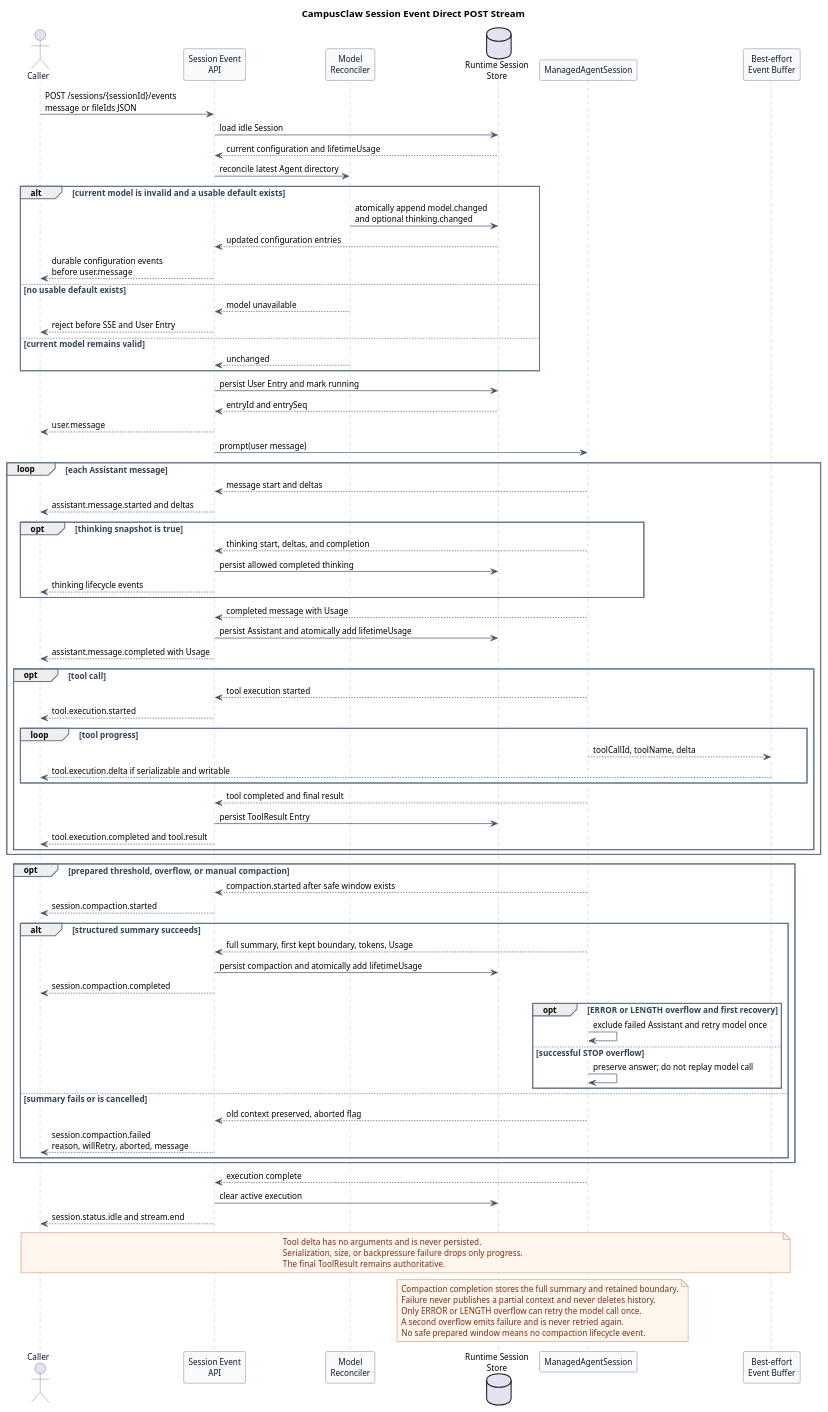
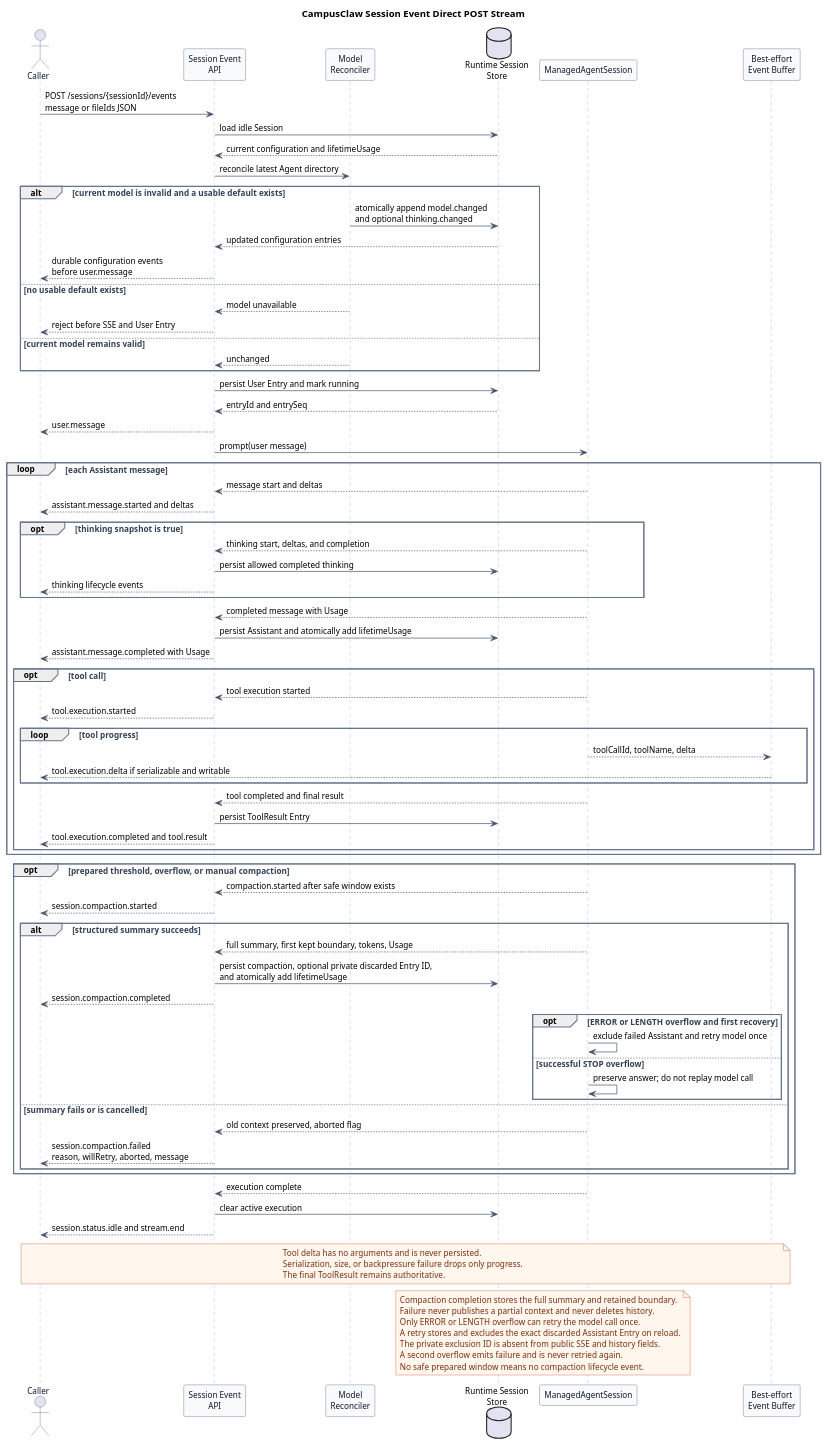
Before and after one commit to ssm0808/pi-mono-java-design: the first of 2 diagrams in pi-mono-java-manager-driven-multi-agent-runtime/diagrams/session-events/diagram.puml, drawn with PlantUML. The commit also changed other lines of this file and 13 other files, not shown here.

```diff
--- a/pi-mono-java-manager-driven-multi-agent-runtime/diagrams/session-events/diagram.puml
+++ b/pi-mono-java-manager-driven-multi-agent-runtime/diagrams/session-events/diagram.puml
@@ -1,133 +1,137 @@
 @startuml http_session_event_stream
 title CampusClaw Session Event Direct POST Stream
 
 ' Source evidence (pi-mono 5cd93f688aaab89dbb6dfa4aca535f21796ae185):
 ' packages/agent/src/types.ts, AgentEvent.
 ' packages/agent/src/agent-loop.ts, tool execution events and ToolResult messages.
 ' packages/coding-agent/src/core/agent-session.ts, _checkCompaction and _runAutoCompaction.
 ' packages/coding-agent/src/core/compaction/compaction.ts, estimateContextTokens,
 ' prepareCompaction, compact, and generateSummaryWithUsage.
 ' packages/ai/src/utils/overflow.ts, isContextOverflow and isRecoverableLength.
 ' Source evidence (pi-mono-java PR 167 f60cc3e78bb8b700527ac082c7c8e10524ede095):
 ' modules/coding-agent-cli/src/main/java/com/campusclaw/codingagent/runtimeapi/event/RuntimeEventService.java.
-' modules/coding-agent-cli/src/main/java/com/campusclaw/codingagent/runtimeapi/event/RuntimeEventProjector.java.
-' modules/coding-agent-cli/src/main/java/com/campusclaw/codingagent/session/ManagedAgentSession.java.
 ' Observed behavior: PR 167 has a request-scoped SSE execution and durable message entries,
 ' but it does not retain compaction or expose durable configuration-change events.
+' Implemented source baseline (pi-mono-java bd26e7f81bac8f68be0c3523efe23b51f96c52e4):
+' modules/coding-agent-cli/src/main/java/com/campusclaw/codingagent/runtimeapi/event/RuntimeEventProjector.java,
+' projectCompactionCompleted; RuntimeEntryCodec.java, effectiveContextEntries.
+' modules/agent-core/src/main/java/com/campusclaw/agent/Agent.java, buildStreamOptions.
 ' Architecture change: model reconciliation happens before accepting a User Entry.
 ' Architecture change: Assistant and compaction completions persist Usage and update lifetime Usage.
 ' Security hardening: tool delta omits arguments and is best-effort; dropping it never fails a tool.
 ' Design reason: keep transient progress separate from the durable history and recovery boundary.
-' Java divergence: Runtime database Entries replace pi JSONL compaction entries.
+' Java divergence: Runtime Entries replace pi JSONL and store a private discarded Entry identity.
 
 skinparam backgroundColor #FFFFFF
 skinparam shadowing false
 skinparam defaultFontName Arial
 skinparam defaultFontSize 12
 skinparam sequence {
   ArrowColor #475569
   ActorBorderColor #475569
   ActorFontColor #0F172A
   LifeLineBorderColor #94A3B8
   LifeLineBackgroundColor #F8FAFC
   ParticipantBorderColor #475569
   ParticipantBackgroundColor #F8FAFC
   ParticipantFontColor #0F172A
   GroupBorderColor #64748B
   GroupFontColor #334155
 }
 skinparam note {
   BackgroundColor #FFF7ED
   BorderColor #C2410C
   FontColor #7C2D12
 }
 
 actor Caller
 participant "Session Event\nAPI" as API
 participant "Model\nReconciler" as Reconciler
 database "Runtime Session\nStore" as Store
 participant "ManagedAgentSession" as Session
 participant "Best-effort\nEvent Buffer" as Buffer
 
 Caller -> API : POST /sessions/{sessionId}/events\nmessage or fileIds JSON
 API -> Store : load idle Session
 Store --> API : current configuration and lifetimeUsage
 API -> Reconciler : reconcile latest Agent directory
 
 alt current model is invalid and a usable default exists
   Reconciler -> Store : atomically append model.changed\nand optional thinking.changed
   Store --> API : updated configuration entries
   API --> Caller : durable configuration events\nbefore user.message
 else no usable default exists
   Reconciler --> API : model unavailable
   API --> Caller : reject before SSE and User Entry
 else current model remains valid
   Reconciler --> API : unchanged
 end
 
 API -> Store : persist User Entry and mark running
 Store --> API : entryId and entrySeq
 API --> Caller : user.message
 API -> Session : prompt(user message)
 
 loop each Assistant message
   Session --> API : message start and deltas
   API --> Caller : assistant.message.started and deltas
   opt thinking snapshot is true
     Session --> API : thinking start, deltas, and completion
     API -> Store : persist allowed completed thinking
     API --> Caller : thinking lifecycle events
   end
   Session --> API : completed message with Usage
   API -> Store : persist Assistant and atomically add lifetimeUsage
   API --> Caller : assistant.message.completed with Usage
 
   opt tool call
     Session --> API : tool execution started
     API --> Caller : tool.execution.started
     loop tool progress
       Session --> Buffer : toolCallId, toolName, delta
       Buffer --> Caller : tool.execution.delta if serializable and writable
     end
     Session --> API : tool completed and final result
     API -> Store : persist ToolResult Entry
     API --> Caller : tool.execution.completed and tool.result
   end
 end
 
 opt prepared threshold, overflow, or manual compaction
   Session --> API : compaction.started after safe window exists
   API --> Caller : session.compaction.started
   alt structured summary succeeds
     Session --> API : full summary, first kept boundary, tokens, Usage
-    API -> Store : persist compaction and atomically add lifetimeUsage
+    API -> Store : persist compaction, optional private discarded Entry ID,\nand atomically add lifetimeUsage
     API --> Caller : session.compaction.completed
     opt ERROR or LENGTH overflow and first recovery
       Session -> Session : exclude failed Assistant and retry model once
     else successful STOP overflow
       Session -> Session : preserve answer; do not replay model call
     end
   else summary fails or is cancelled
     Session --> API : old context preserved, aborted flag
     API --> Caller : session.compaction.failed\nreason, willRetry, aborted, message
   end
 end
 
 Session --> API : execution complete
 API -> Store : clear active execution
 API --> Caller : session.status.idle and stream.end
 
 note over Buffer,Caller
 Tool delta has no arguments and is never persisted.
 Serialization, size, or backpressure failure drops only progress.
 The final ToolResult remains authoritative.
 end note
 
 note over Session,Store
 Compaction completion stores the full summary and retained boundary.
 Failure never publishes a partial context and never deletes history.
 Only ERROR or LENGTH overflow can retry the model call once.
+A retry stores and excludes the exact discarded Assistant Entry on reload.
+The private exclusion ID is absent from public SSE and history fields.
 A second overflow emits failure and is never retried again.
 No safe prepared window means no compaction lifecycle event.
 end note
 @enduml
```
